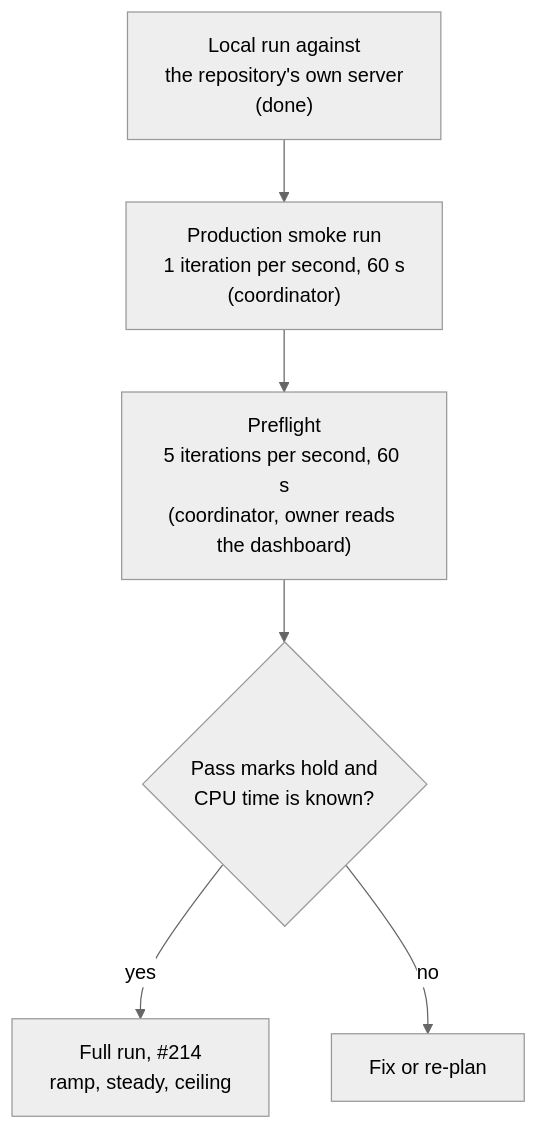
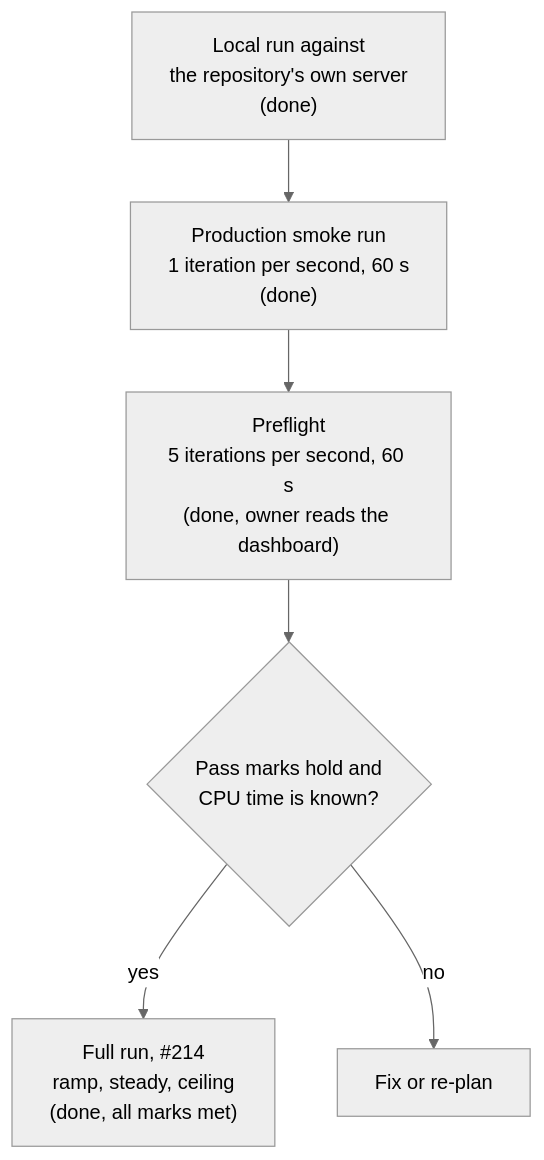
Before and after one commit to schalkneethling/bcd-embed: the diagram in docs/planning/11-load-test.md, drawn with Mermaid (neutral theme). The commit also changed other lines of this file and 2 other files, not shown here.

````diff
--- a/docs/planning/11-load-test.md
+++ b/docs/planning/11-load-test.md
@@ -15,8 +15,8 @@
 ```mermaid
 flowchart TD
-    local["Local run against<br/>the repository's own server<br/>(done)"] --> smoke["Production smoke run<br/>1 iteration per second, 60 s<br/>(coordinator)"]
-    smoke --> preflight["Preflight<br/>5 iterations per second, 60 s<br/>(coordinator, owner reads the dashboard)"]
+    local["Local run against<br/>the repository's own server<br/>(done)"] --> smoke["Production smoke run<br/>1 iteration per second, 60 s<br/>(done)"]
+    smoke --> preflight["Preflight<br/>5 iterations per second, 60 s<br/>(done, owner reads the dashboard)"]
     preflight --> decide{"Pass marks hold and<br/>CPU time is known?"}
-    decide -- yes --> run["Full run, #214<br/>ramp, steady, ceiling"]
+    decide -- yes --> run["Full run, #214<br/>ramp, steady, ceiling<br/>(done, all marks met)"]
     decide -- no --> fix["Fix or re-plan"]
 ```
````
